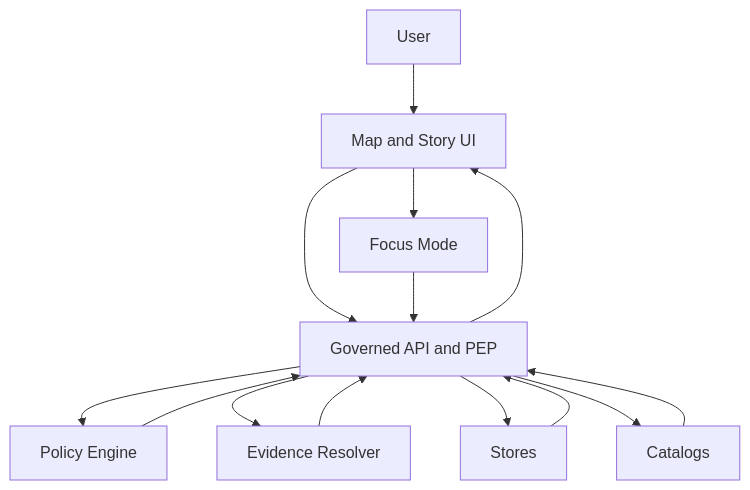
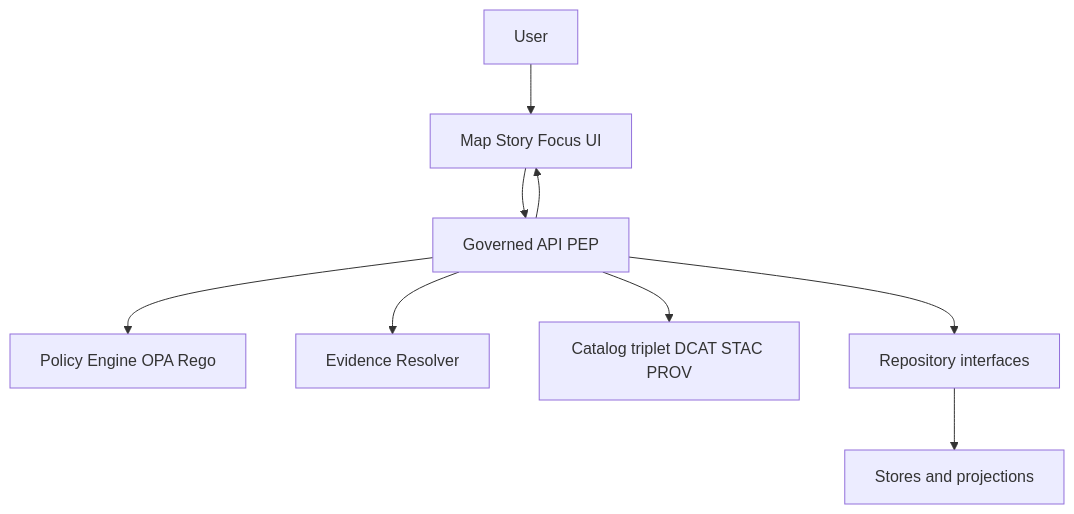
The second of 2 diagrams in apps/README.md (bartytime4life/Kansas-Frontier-Matrix), drawn with Mermaid before and after one commit. The commit also changed other lines of this file, not shown here.

````diff
--- a/apps/README.md
+++ b/apps/README.md
@@ -95,16 +211,11 @@
 ```mermaid
 flowchart TD
-  User[User] --> UI[Map and Story UI]
-  UI --> API[Governed API and PEP]
-  API --> Policy[Policy Engine]
-  API --> Evidence[Evidence Resolver]
-  API --> Stores[Stores]
-  API --> Catalogs[Catalogs]
-  Policy --> API
-  Evidence --> API
-  Stores --> API
-  Catalogs --> API
+  U[User] --> UI[Map Story Focus UI]
+  UI --> API[Governed API PEP]
+  API --> POL[Policy Engine OPA Rego]
+  API --> EV[Evidence Resolver]
+  API --> CAT[Catalog triplet DCAT STAC PROV]
+  API --> REP[Repository interfaces]
+  REP --> STO[Stores and projections]
   API --> UI
-  UI --> Focus[Focus Mode]
-  Focus --> API
 ```
````
